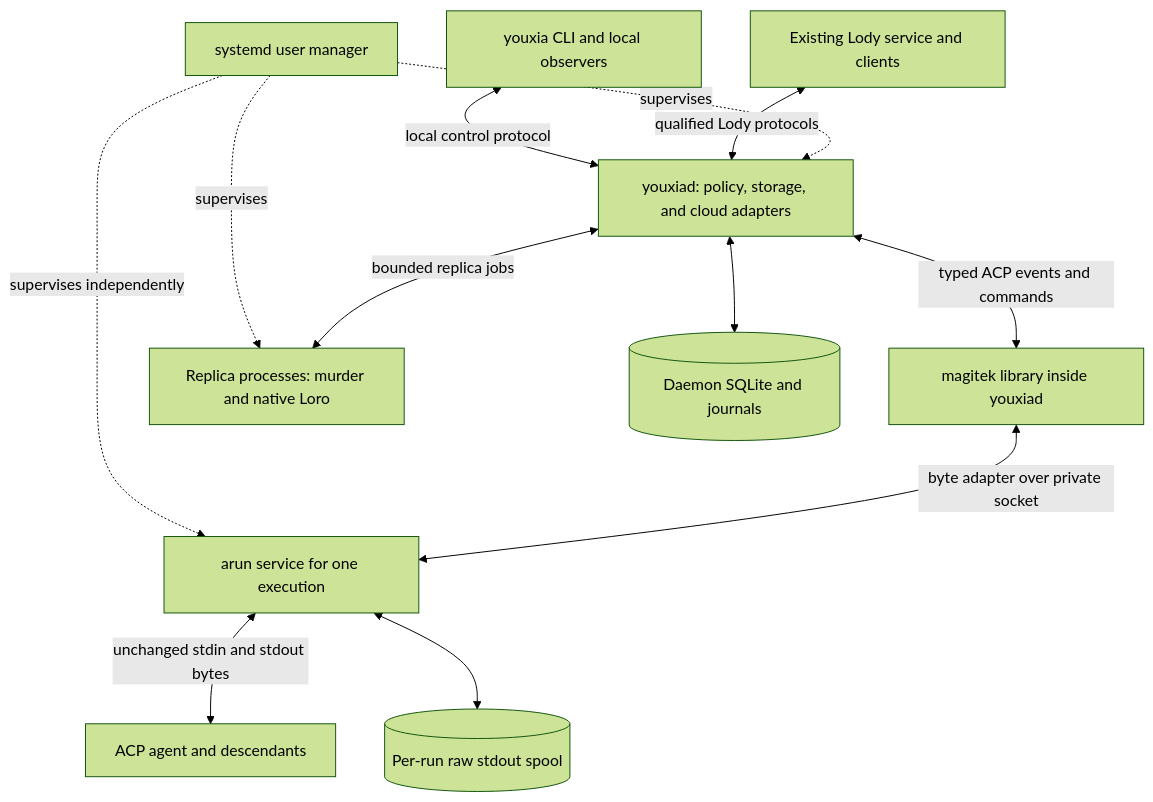
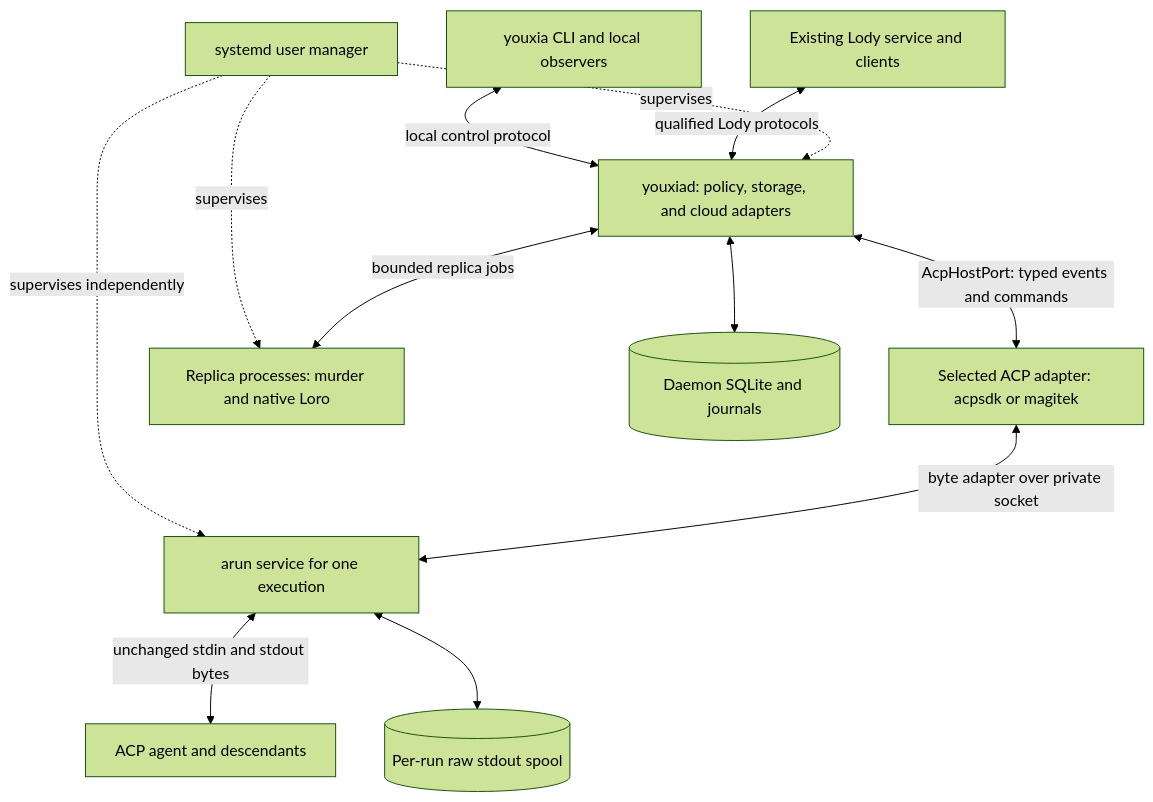
The first of 2 diagrams in docs/youxia-design.md (leynos/youxia), drawn with Mermaid (forest theme) before and after one commit. The commit also changed other lines of this file and 9 other files, not shown here.

First line of the commit message:
Define ACP host port and local runner spike

````diff
--- a/docs/youxia-design.md
+++ b/docs/youxia-design.md
@@ -170,24 +176,24 @@
 ```mermaid
 flowchart TD
     CLI["youxia CLI and local observers"]
     CLOUD["Existing Lody service and clients"]
     SYSTEMD["systemd user manager"]
     D["youxiad: policy, storage, and cloud adapters"]
-    M["magitek library inside youxiad"]
+    M["Selected ACP adapter: acpsdk or magitek"]
     R["Replica processes: murder and native Loro"]
     A["arun service for one execution"]
     P["ACP agent and descendants"]
     DB[("Daemon SQLite and journals")]
     SP[("Per-run raw stdout spool")]
     CLI <-->|"local control protocol"| D
     CLOUD <-->|"qualified Lody protocols"| D
     SYSTEMD -.->|"supervises"| D
     SYSTEMD -.->|"supervises"| R
     SYSTEMD -.->|"supervises independently"| A
-    D <-->|"typed ACP events and commands"| M
+    D <-->|"AcpHostPort: typed events and commands"| M
     D <-->|"bounded replica jobs"| R
     D <--> DB
     M <-->|"byte adapter over private socket"| A
     A <-->|"unchanged stdin and stdout bytes"| P
     A <--> SP
 ```
````
